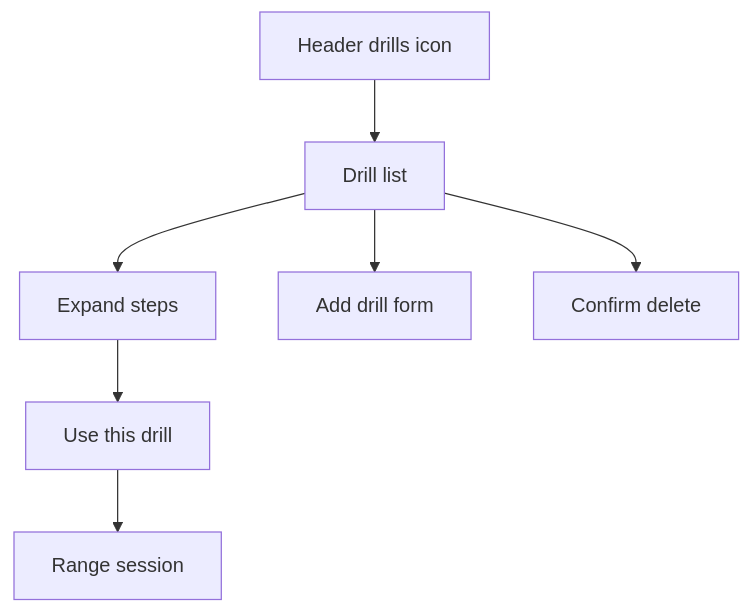
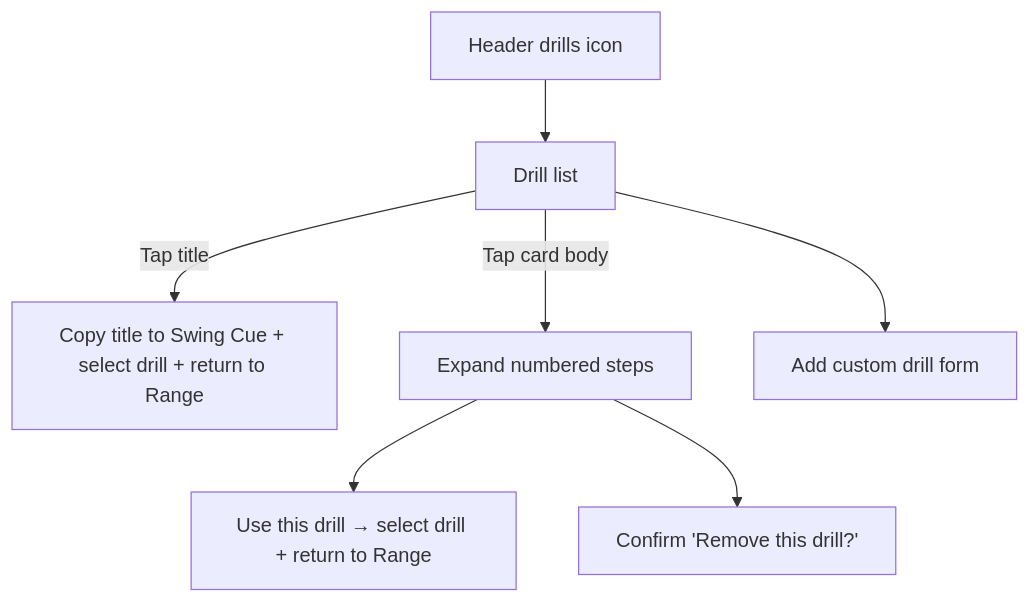
One commit to ograva/My-Golf-Diary changed the diagram in docs/context/designs/Wireframe_PracticeDrills.md. Above: the diagram before and after it, drawn with Mermaid. The commit also changed other lines of this file and 10 other files, not shown here.

First line of the commit message:
docs(prd,arch): add RNGE-005 session note and compiled range session log (#28)

````diff
--- a/docs/context/designs/Wireframe_PracticeDrills.md
+++ b/docs/context/designs/Wireframe_PracticeDrills.md
@@ -67,9 +77,9 @@
 ```mermaid
 flowchart TD
   icon[Header drills icon] --> list[Drill list]
-  list --> read[Expand steps]
-  read --> use[Use this drill]
-  use --> range[Range session]
-  list --> add[Add drill form]
-  list --> del[Confirm delete]
+  list -->|Tap title| copy[Copy title to Swing Cue + select drill + return to Range]
+  list -->|Tap card body| read[Expand numbered steps]
+  read --> use[Use this drill → select drill + return to Range]
+  list --> add[Add custom drill form]
+  read --> del[Confirm 'Remove this drill?']
 ```
````
